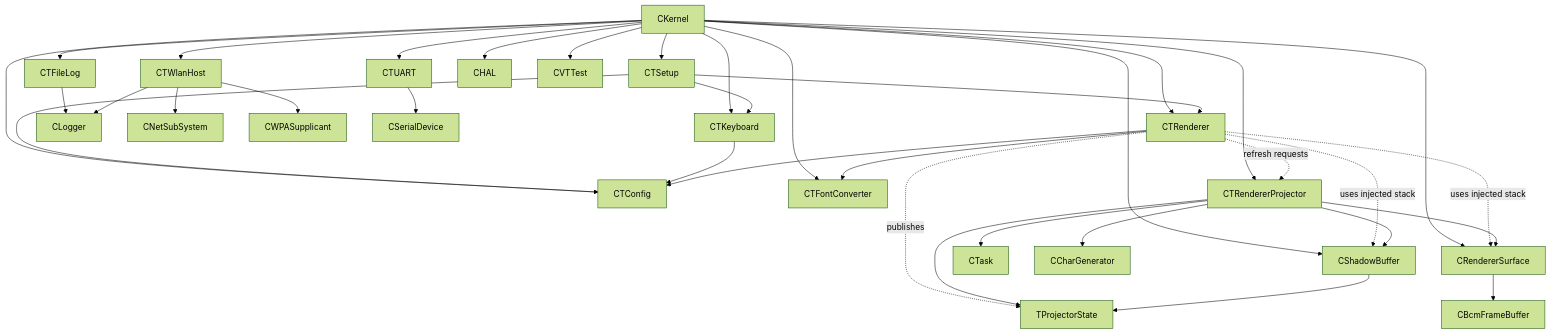
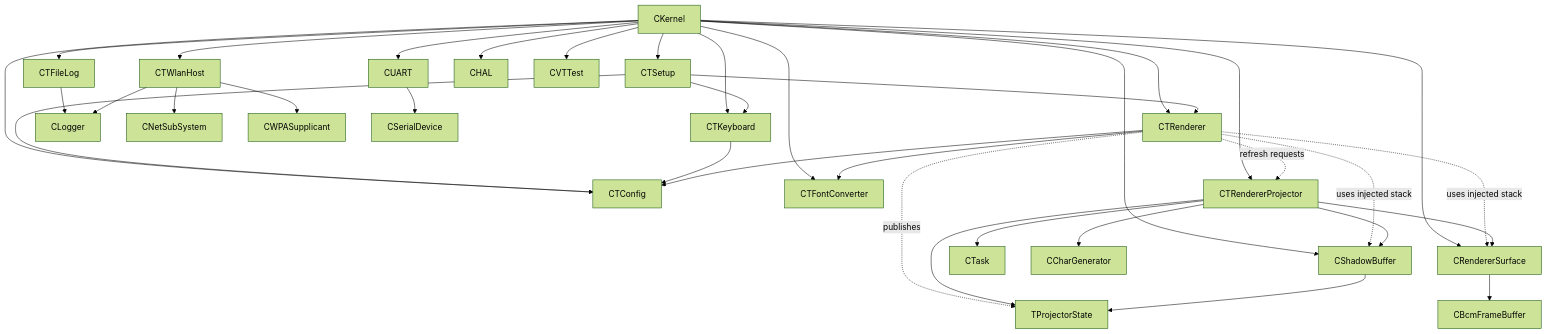
One commit to rzuehlsd/PiZero_VT100 changed the first of 4 diagrams in VT100/docs/VT100_Architecture.md. Above: the diagram before and after it, drawn with Mermaid (forest theme). The commit also changed other lines of this file and 6 other files, not shown here.

````diff
--- a/VT100/docs/VT100_Architecture.md
+++ b/VT100/docs/VT100_Architecture.md
@@ -67,42 +67,42 @@
 ```mermaid
 graph TD
   CKernel --> CTConfig
   CKernel --> CTFontConverter
   CKernel --> CTRenderer
   CKernel --> CShadowBuffer
   CKernel --> CRendererSurface
   CKernel --> CTRendererProjector
   CKernel --> CTKeyboard
-  CKernel --> CTUART
+  CKernel --> CUART
   CKernel --> CTSetup
   CKernel --> CTFileLog
   CKernel --> CTWlanHost
   CKernel --> CHAL
   CKernel --> CVTTest
 
   CTSetup --> CTRenderer
   CTSetup --> CTConfig
   CTSetup --> CTKeyboard
 
   CTKeyboard --> CTConfig
   CTRenderer --> CTConfig
   CTRenderer --> CTFontConverter
   CTRenderer -. uses injected stack .-> CShadowBuffer
   CTRenderer -. uses injected stack .-> CRendererSurface
   CTRenderer -. refresh requests .-> CTRendererProjector
   CTRenderer -. publishes .-> TProjectorState
   CTRendererProjector --> CShadowBuffer
   CTRendererProjector --> TProjectorState
   CTRendererProjector --> CRendererSurface
   CTRendererProjector --> CTask
 
   CTFileLog --> CLogger
   CTWlanHost --> CLogger
   CTWlanHost --> CNetSubSystem
   CTWlanHost --> CWPASupplicant
 
-  CTUART --> CSerialDevice
+  CUART --> CSerialDevice
   CRendererSurface --> CBcmFrameBuffer
   CTRendererProjector --> CCharGenerator
   CShadowBuffer --> TProjectorState
 ```
````
